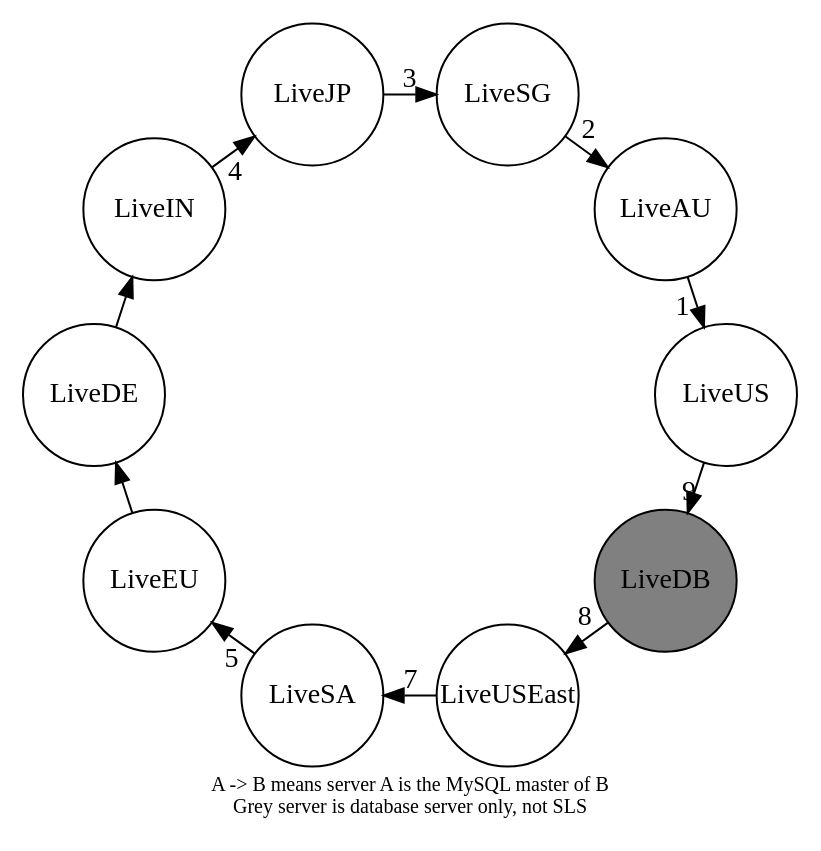
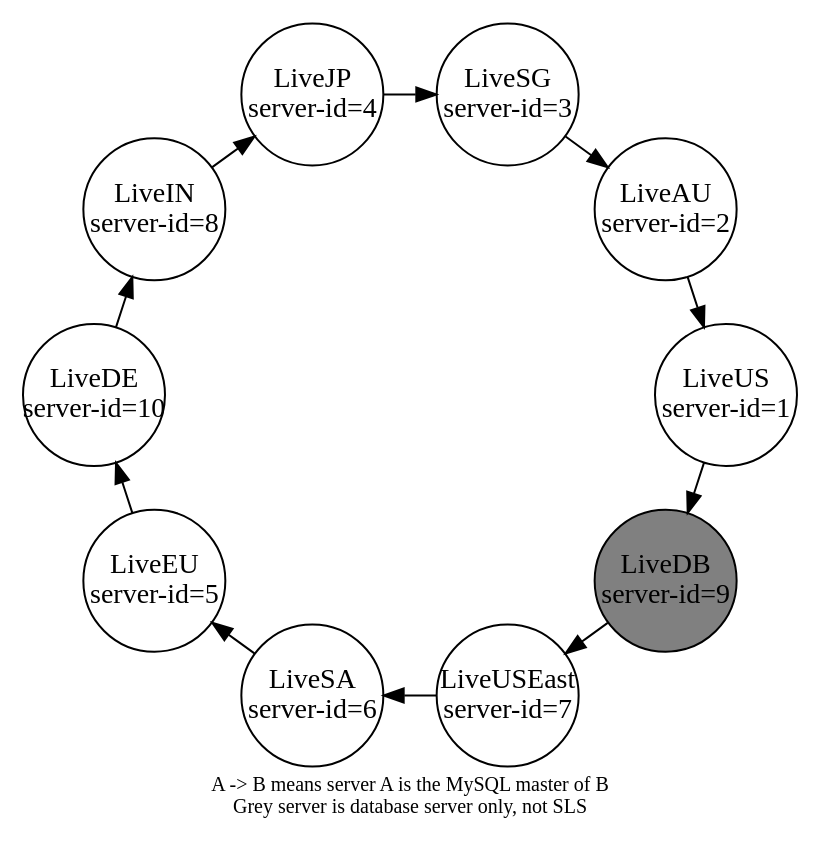
Before and after one commit to gkwa/graphviz-practice: the diagram in t1/livering_observed.dot, drawn with Graphviz.

Commit message:
Label each server with server-id instead of labeling the path between servers

```diff
--- a/t1/livering_observed.dot
+++ b/t1/livering_observed.dot
@@ -1,28 +1,39 @@
 # Slave Server <= Master Server = Slave Server ID
 
 digraph MySQLRep {
 
 	# ratio=1.4142;
 	size="11.69,16.53"
 	layout=circo;
 
 	node [shape=circle,fixedsize=true,width=0.99];
 
 	LiveDB [style=filled,fillcolor=grey];
 
-	LiveDB->LiveUSEast [ label="8" ];
-	LiveUSEast->LiveSA [ label="7" ];
-	LiveSA->LiveEU [ label="5" ];
+	LiveUS [ label="LiveUS\nserver-id=1" ];
+	LiveAU [ label="LiveAU\nserver-id=2" ];
+	LiveSG [ label="LiveSG\nserver-id=3" ];
+	LiveJP [ label="LiveJP\nserver-id=4" ];
+	LiveEU [ label="LiveEU\nserver-id=5" ];
+	LiveSA [ label="LiveSA\nserver-id=6" ];
+	LiveUSEast [ label="LiveUSEast\nserver-id=7" ];
+	LiveIN [ label="LiveIN\nserver-id=8" ];
+	LiveDB [ label="LiveDB\nserver-id=9" ];
+	LiveDE [ label="LiveDE\nserver-id=10" ];
+
+	LiveDB->LiveUSEast;
+	LiveUSEast->LiveSA;
+	LiveSA->LiveEU;
 	LiveEU->LiveDE;
 	LiveDE->LiveIN;
-	LiveIN->LiveJP [ label="4" ];
-	LiveJP->LiveSG [ label="3" ];
-	LiveSG->LiveAU [ label="2" ];
-	LiveAU->LiveUS [ label="1" ];
-	LiveUS->LiveDB [ label="9" ];
+	LiveIN->LiveJP;
+	LiveJP->LiveSG;
+	LiveSG->LiveAU;
+	LiveAU->LiveUS;
+	LiveUS->LiveDB;
 
 	overlap=false
 	label="A -> B means server A is the MySQL master of B\nGrey server is database server only, not SLS"
 	fontsize=10;
 
 }
```
